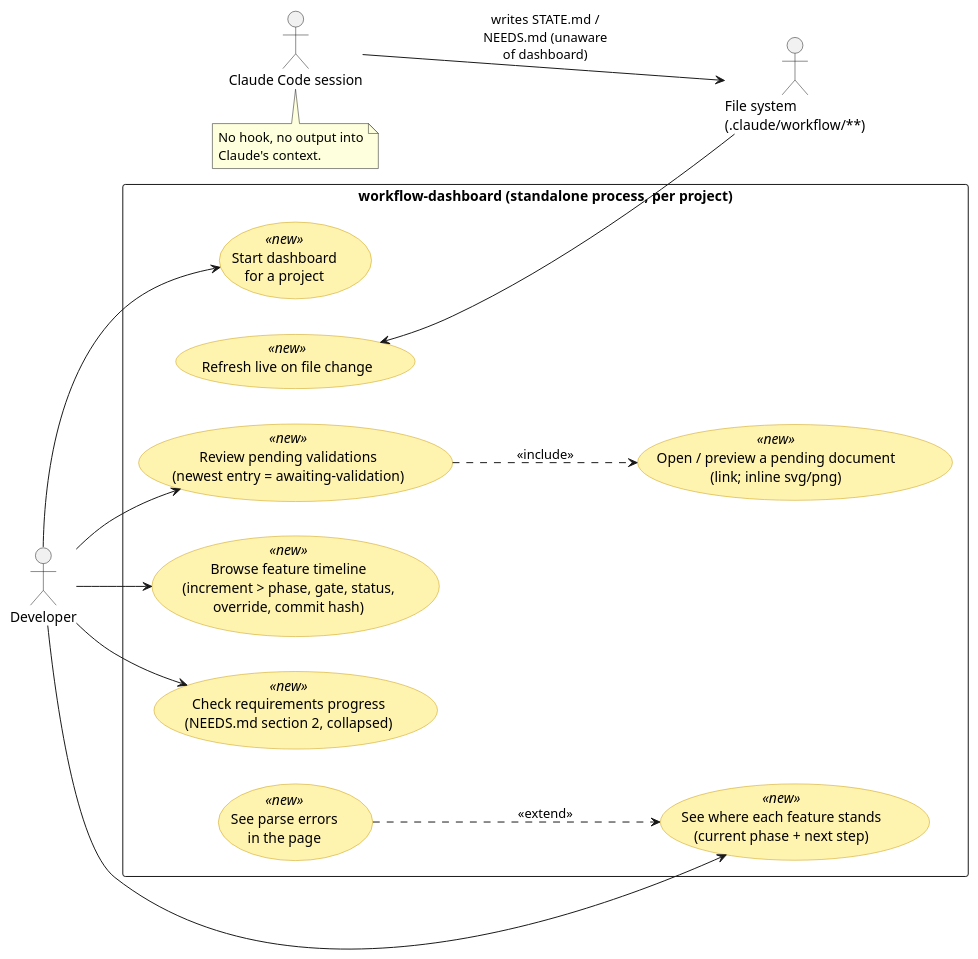
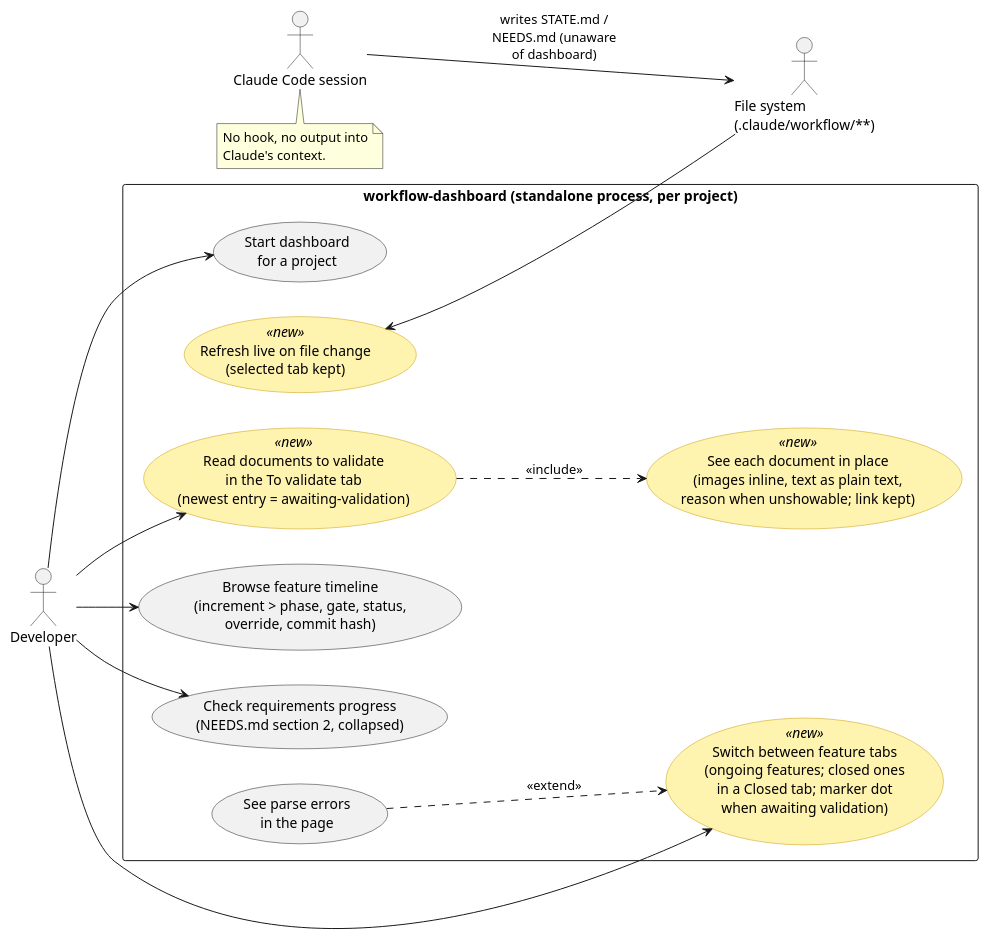
The diagram in .claude/workflow/workflow-dashboard/use-cases.puml (Boulede987/dotfiles-claude), drawn with PlantUML before and after one commit. The commit also changed 3 other files, not shown here.

```diff
--- a/.claude/workflow/workflow-dashboard/use-cases.puml
+++ b/.claude/workflow/workflow-dashboard/use-cases.puml
@@ -1,38 +1,38 @@
 @startuml workflow-dashboard-use-cases
 left to right direction
 skinparam packageStyle rectangle
 skinparam usecase {
   BackgroundColor<<new>> #FFF3B0
   BorderColor<<new>> #C99A00
 }
 
 actor Developer as dev
 actor "Claude Code session" as claude
 actor "File system\n(.claude/workflow/**)" as fs
 
 rectangle "workflow-dashboard (standalone process, per project)" {
-  usecase "Start dashboard\nfor a project" as UC1 <<new>>
-  usecase "See where each feature stands\n(current phase + next step)" as UC2 <<new>>
-  usecase "Review pending validations\n(newest entry = awaiting-validation)" as UC3 <<new>>
-  usecase "Open / preview a pending document\n(link; inline svg/png)" as UC4 <<new>>
-  usecase "Browse feature timeline\n(increment > phase, gate, status,\noverride, commit hash)" as UC5 <<new>>
-  usecase "Check requirements progress\n(NEEDS.md section 2, collapsed)" as UC6 <<new>>
-  usecase "See parse errors\nin the page" as UC7 <<new>>
-  usecase "Refresh live on file change" as UC8 <<new>>
+  usecase "Start dashboard\nfor a project" as UC1
+  usecase "Switch between feature tabs\n(ongoing features; closed ones\nin a Closed tab; marker dot\nwhen awaiting validation)" as UC2 <<new>>
+  usecase "Read documents to validate\nin the To validate tab\n(newest entry = awaiting-validation)" as UC3 <<new>>
+  usecase "See each document in place\n(images inline, text as plain text,\nreason when unshowable; link kept)" as UC4 <<new>>
+  usecase "Browse feature timeline\n(increment > phase, gate, status,\noverride, commit hash)" as UC5
+  usecase "Check requirements progress\n(NEEDS.md section 2, collapsed)" as UC6
+  usecase "See parse errors\nin the page" as UC7
+  usecase "Refresh live on file change\n(selected tab kept)" as UC8 <<new>>
 }
 
 dev --> UC1
 dev --> UC2
 dev --> UC3
 dev --> UC5
 dev --> UC6
 UC3 ..> UC4 : <<include>>
 UC7 ..> UC2 : <<extend>>
 UC8 <-- fs
 claude --> fs : writes STATE.md /\nNEEDS.md (unaware\nof dashboard)
 
 note bottom of claude
   No hook, no output into
   Claude's context.
 end note
 @enduml
```
